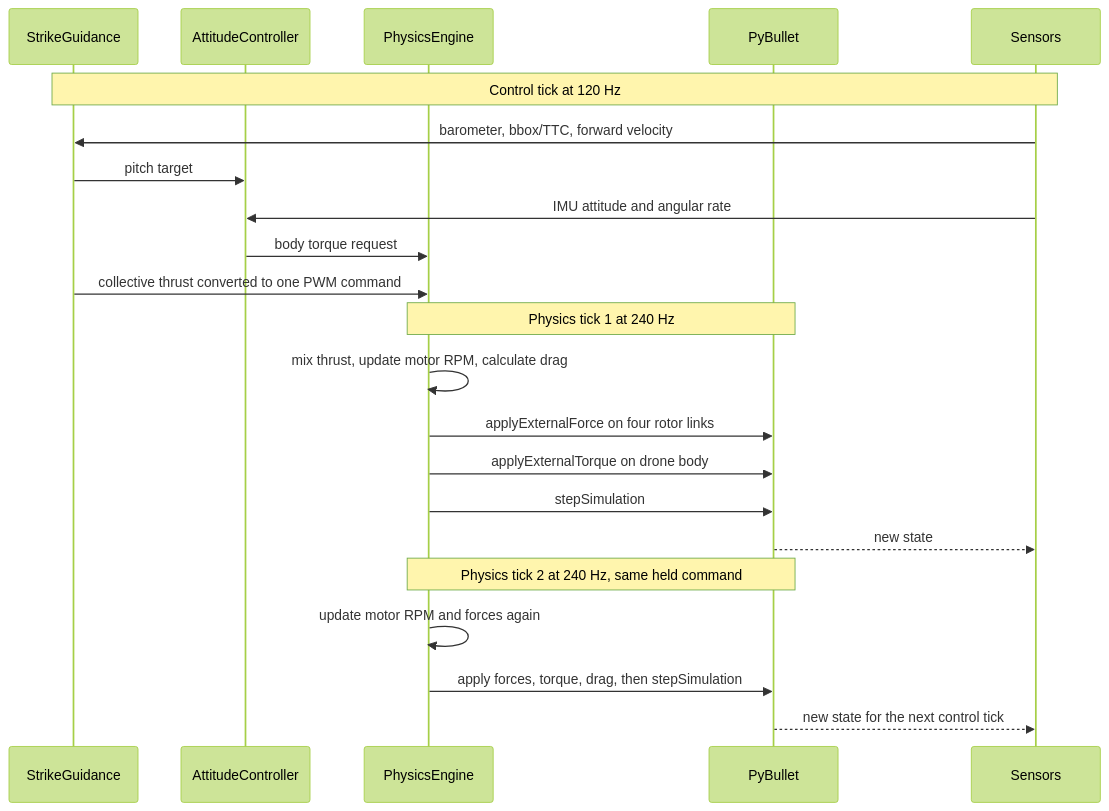
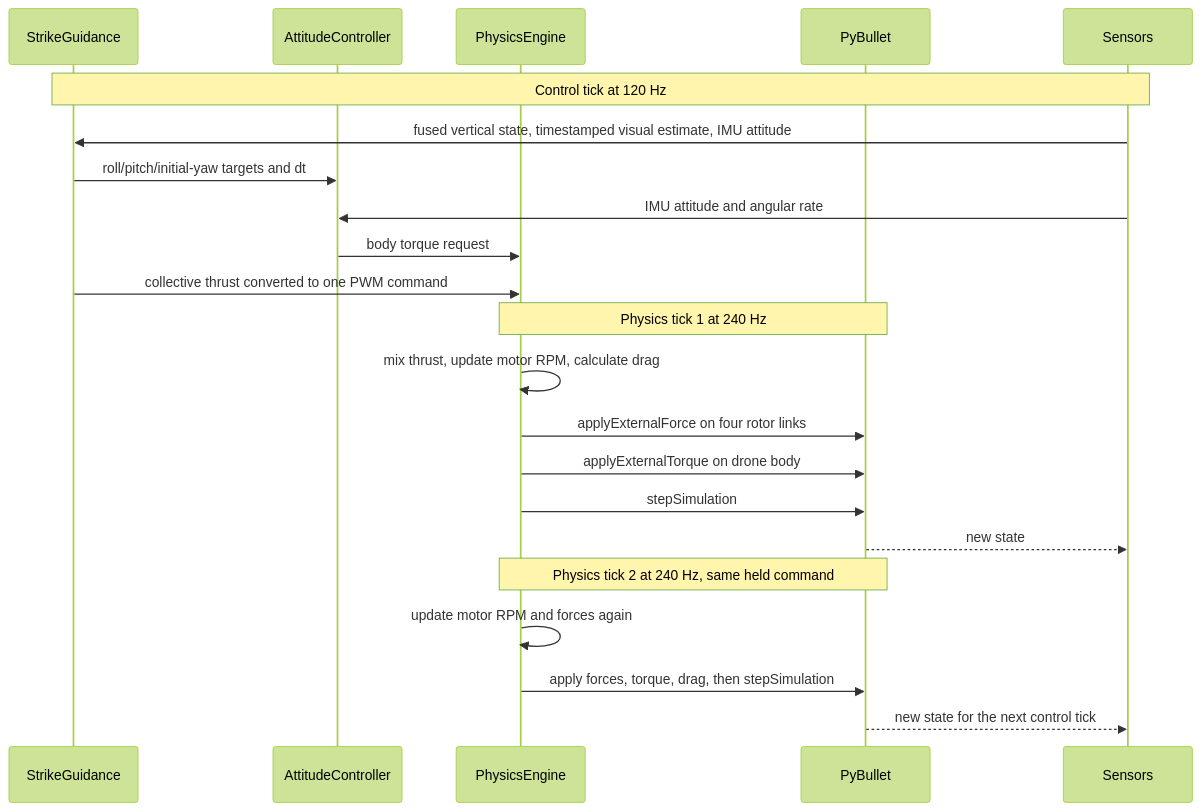
Before and after one commit to amire2000/fly_smart: the fifth of 5 diagrams in docs/README.md, drawn with Mermaid (forest theme). The commit also changed other lines of this file and 43 other files, not shown here.

````diff
--- a/docs/README.md
+++ b/docs/README.md
@@ -413,27 +394,27 @@
 ```mermaid
 sequenceDiagram
     participant G as StrikeGuidance
     participant A as AttitudeController
     participant E as PhysicsEngine
     participant P as PyBullet
     participant S as Sensors
 
     Note over G,S: Control tick at 120 Hz
-    S->>G: barometer, bbox/TTC, forward velocity
-    G->>A: pitch target
+    S->>G: fused vertical state, timestamped visual estimate, IMU attitude
+    G->>A: roll/pitch/initial-yaw targets and dt
     S->>A: IMU attitude and angular rate
     A->>E: body torque request
     G->>E: collective thrust converted to one PWM command
 
     Note over E,P: Physics tick 1 at 240 Hz
     E->>E: mix thrust, update motor RPM, calculate drag
     E->>P: applyExternalForce on four rotor links
     E->>P: applyExternalTorque on drone body
     E->>P: stepSimulation
     P-->>S: new state
 
     Note over E,P: Physics tick 2 at 240 Hz, same held command
     E->>E: update motor RPM and forces again
     E->>P: apply forces, torque, drag, then stepSimulation
     P-->>S: new state for the next control tick
 ```
````
